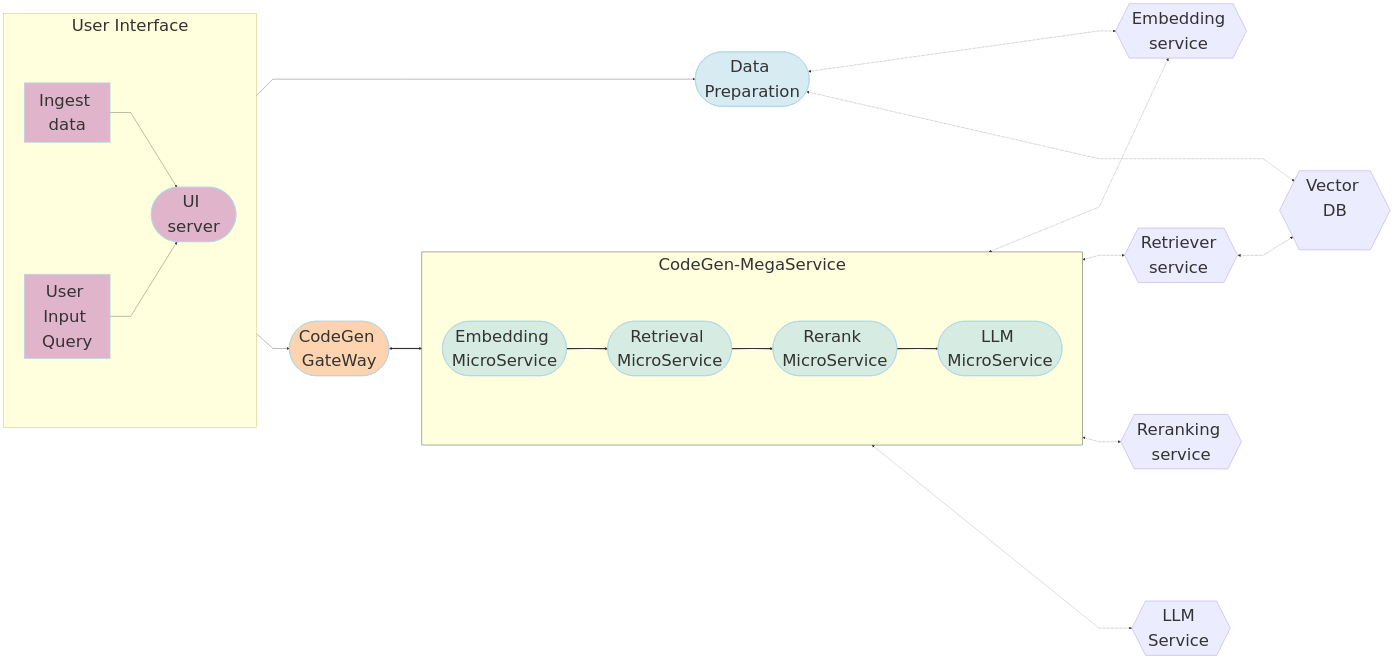
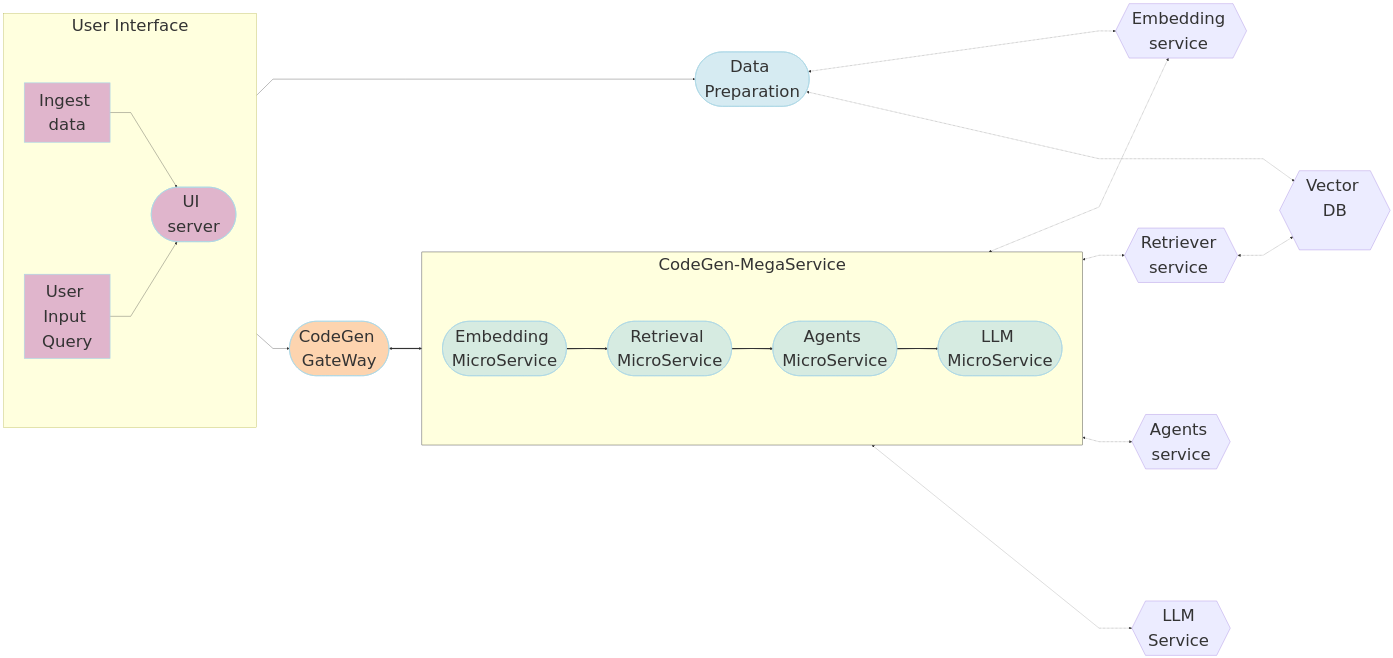
Before and after one commit to opea-project/docs: the diagram in community/rfcs/25-15-01-GenAIExamples-001-Code-Optimization-Using-RAG-and-Agents.md, drawn with Mermaid.

Commit message:
add graph

````diff
--- a/community/rfcs/25-15-01-GenAIExamples-001-Code-Optimization-Using-RAG-and-Agents.md
+++ b/community/rfcs/25-15-01-GenAIExamples-001-Code-Optimization-Using-RAG-and-Agents.md
@@ -143,70 +143,70 @@
 ```mermaid
 ---
 config:
   flowchart:
     nodeSpacing: 400
     rankSpacing: 100
     curve: linear
   themeVariables:
     fontSize: 50px
 ---
 flowchart LR
     %% Colors %%
     classDef blue fill:#ADD8E6,stroke:#ADD8E6,stroke-width:2px,fill-opacity:0.5
     classDef orange fill:#FBAA60,stroke:#ADD8E6,stroke-width:2px,fill-opacity:0.5
     classDef orchid fill:#C26DBC,stroke:#ADD8E6,stroke-width:2px,fill-opacity:0.5
     classDef invisible fill:transparent,stroke:transparent;
     style CodeGen-MegaService stroke:#000000
     %% Subgraphs %%
     subgraph CodeGen-MegaService["CodeGen-MegaService"]
         direction LR
         EM([Embedding MicroService]):::blue
         RET([Retrieval MicroService]):::blue
-        RER([Rerank MicroService]):::blue
+        RER([Agents MicroService]):::blue
         LLM([LLM MicroService]):::blue
     end
     subgraph User Interface
         direction LR
         a([Submit Query Tab]):::orchid
         UI([UI server<br>]):::orchid
         Ingest([Manage Resources<br>]):::orchid
     end
 
-    LOCAL_RER{{Reranking service<br>}}
+    LOCAL_RER{{Agents service<br>}}
     CLIP_EM{{Embedding service <br>}}
     VDB{{Vector DB<br><br>}}
     V_RET{{Retriever service <br>}}
     Ingest{{Ingest data <br>}}
     DP([Data Preparation<br>]):::blue
     LLM_gen{{LLM Service <br>}}
     GW([CodeGen GateWay<br>]):::orange
 
     %% Data Preparation flow
     %% Ingest data flow
     direction LR
     Ingest[Ingest data] --> UI
     UI --> DP
     DP <-.-> CLIP_EM
 
     %% Questions interaction
     direction LR
     a[User Input Query] --> UI
     UI --> GW
     GW <==> CodeGen-MegaService
     EM ==> RET
     RET ==> RER
     RER ==> LLM
 
 
     %% Embedding service flow
     direction LR
     EM <-.-> CLIP_EM
     RET <-.-> V_RET
     RER <-.-> LOCAL_RER
     LLM <-.-> LLM_gen
 
     direction TB
     %% Vector DB interaction
     V_RET <-.->VDB
     DP <-.->VDB
 ```
````
